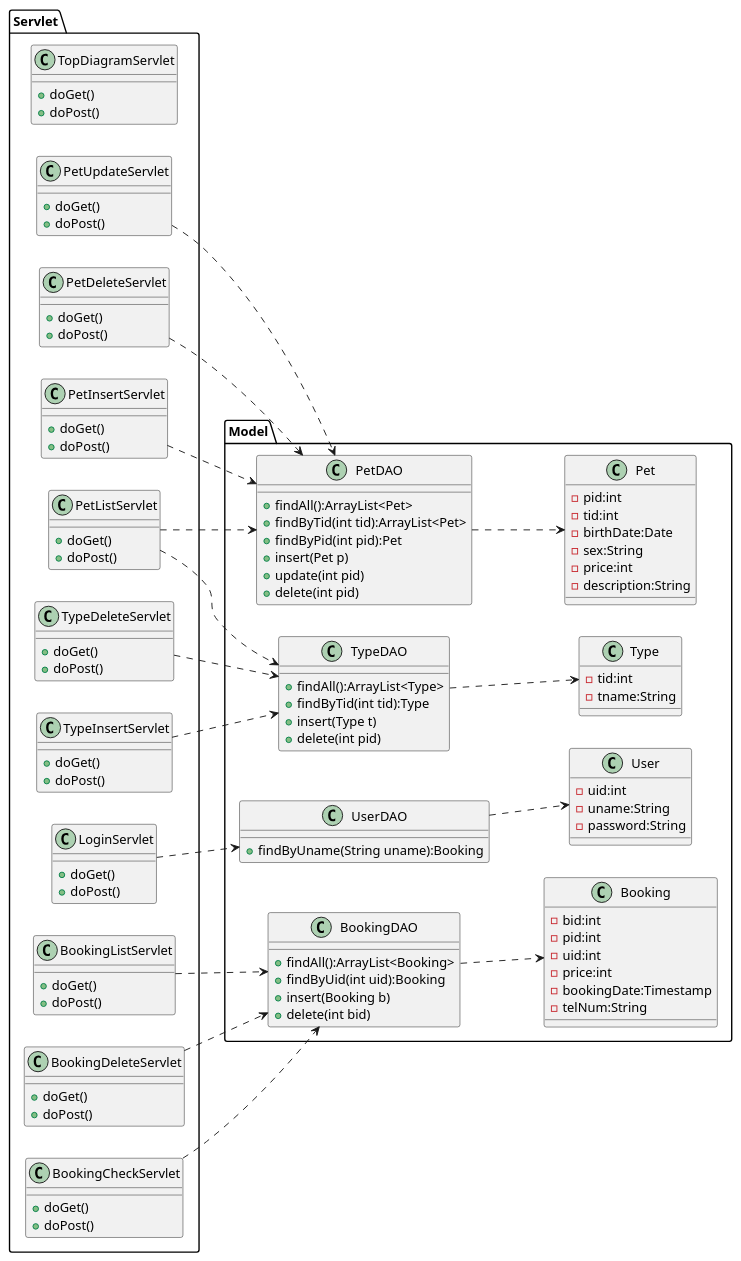
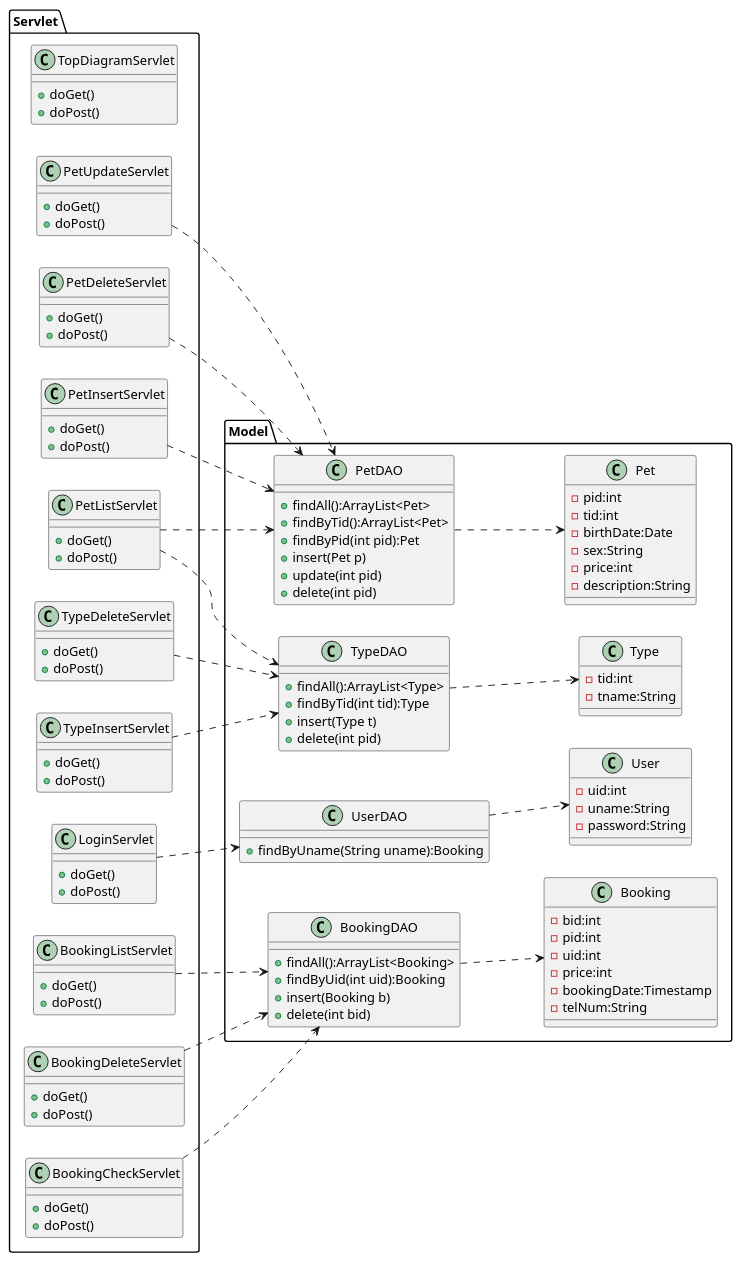
Before and after one commit to Tyamanaka07/WebSystem: the diagram in detail.uml/class.pu, drawn with PlantUML. The commit also changed 1 other file, not shown here.

```diff
--- a/detail.uml/class.pu
+++ b/detail.uml/class.pu
@@ -1,136 +1,136 @@
 @startuml
 left to right direction
 
 package Model{
 	class Pet{
 		-pid:int
 		-tid:int
 		-birthDate:Date
 		-sex:String
 		-price:int
 		-description:String
 	}
 
 	class Type{
 		-tid:int
 		-tname:String
 	}
 
 	class User{
 		-uid:int
 		-uname:String
 		-password:String
 	}
 
 	class Booking{
 		-bid:int
 		-pid:int
 		-uid:int
 		-price:int
 		-bookingDate:Timestamp
 		-telNum:String
 	}
 
 	class PetDAO{
 		+findAll():ArrayList<Pet>
-		+findByTid(int tid):ArrayList<Pet>
+		+findByTid():ArrayList<Pet>
 		+findByPid(int pid):Pet
 		+insert(Pet p)
 		+update(int pid)
 		+delete(int pid)
 	}
 
 	class TypeDAO{
 		+findAll():ArrayList<Type>
 		+findByTid(int tid):Type
 		+insert(Type t)
 		+delete(int pid)
 	}
 
 	class UserDAO{
 		+findByUname(String uname):Booking
 	}
 
 	class BookingDAO{
 		+findAll():ArrayList<Booking>
 		+findByUid(int uid):Booking
 		+insert(Booking b)
 		+delete(int bid)
 	}
 }
 
 package Servlet{
 	class TopDiagramServlet{
 		+doGet()
 		+doPost()
 	}
 
 	class PetListServlet{
 		+doGet()
 		+doPost()
 	}
 
 	class LoginServlet{
 		+doGet()
 		+doPost()
 	}
 
 	class PetInsertServlet{
 		+doGet()
 		+doPost()
 	}
 
 	class PetUpdateServlet{
 		+doGet()
 		+doPost()
 	}
 
 	class PetDeleteServlet{
 		+doGet()
 		+doPost()
 	}
 
 	class TypeInsertServlet{
 		+doGet()
 		+doPost()
 	}
 
 	class TypeDeleteServlet{
 		+doGet()
 		+doPost()
 	}
 
 	class BookingCheckServlet{
 		+doGet()
 		+doPost()
 	}
 
 	class BookingListServlet{
 		+doGet()
 		+doPost()
 	}
 
 	class BookingDeleteServlet{
 		+doGet()
 		+doPost()
 	}
 }
 
 
 PetListServlet..>TypeDAO
 TypeInsertServlet..>TypeDAO
 TypeDeleteServlet..>TypeDAO
 PetListServlet..>PetDAO
 PetInsertServlet..>PetDAO
 PetUpdateServlet..>PetDAO
 PetDeleteServlet..>PetDAO
 LoginServlet..>UserDAO
 BookingCheckServlet..>BookingDAO
 BookingListServlet..>BookingDAO
 BookingDeleteServlet..>BookingDAO
 
 BookingDAO..>Booking
 PetDAO..>Pet
 TypeDAO..>Type
 UserDAO..>User
 @enduml
```
